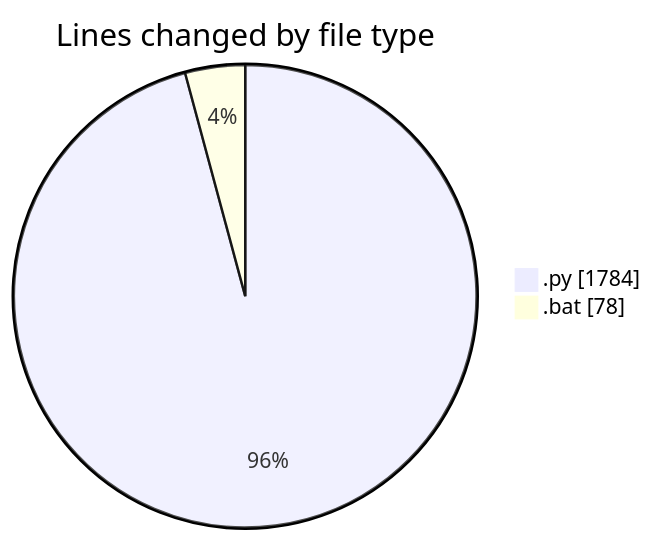
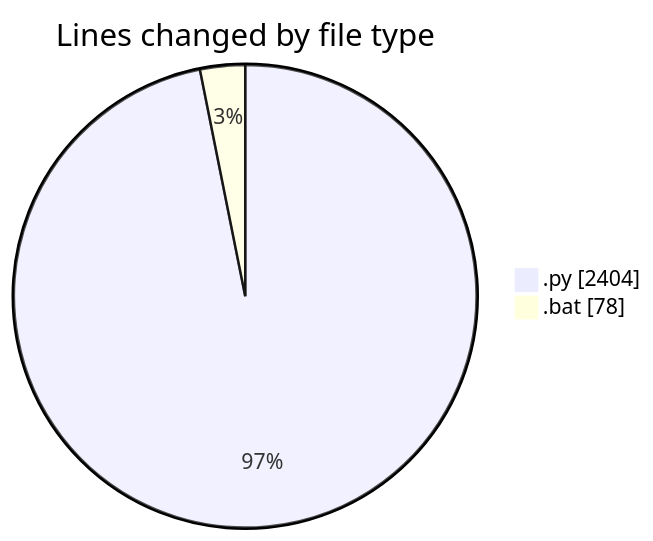
Before and after one commit to FelipKnott/code-tracking: the first of 2 diagrams in 2025-07-03/cursor/README.md, drawn with Mermaid. The commit also changed other lines of this file and 1 other file, not shown here.

````diff
--- a/2025-07-03/cursor/README.md
+++ b/2025-07-03/cursor/README.md
@@ -30,6 +34,6 @@
 ```mermaid
 pie showData
 title Lines changed by file type
-".py" : 1784
+".py" : 2404
 ".bat" : 78
 ```
````
